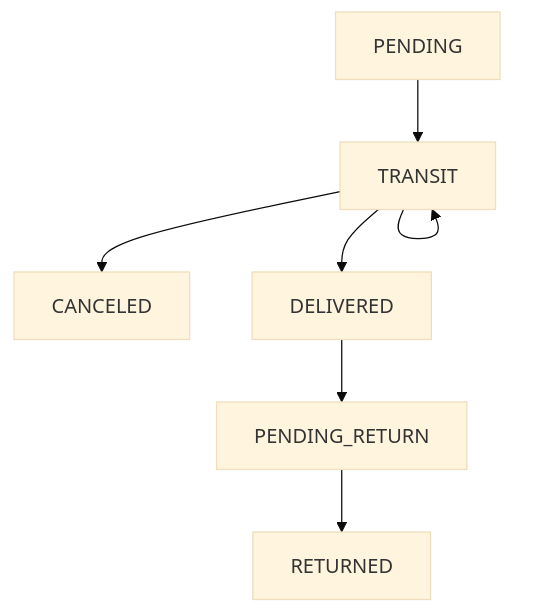
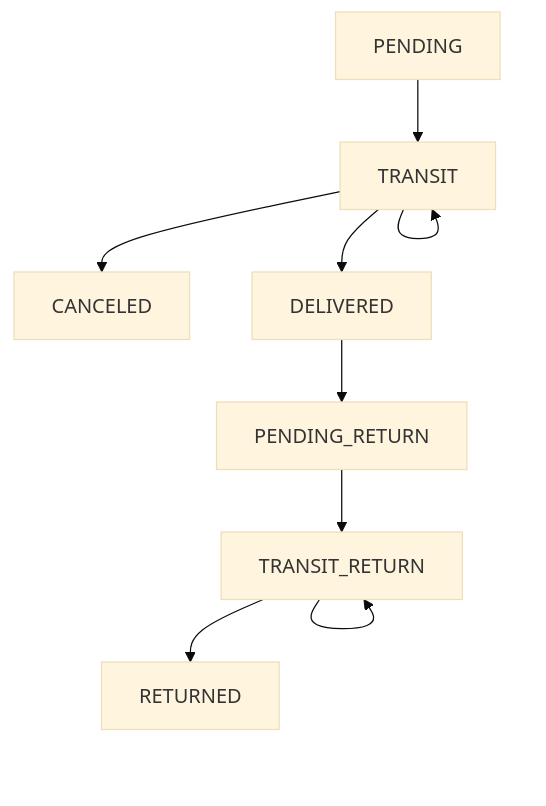
Before and after one commit to FacuPal/arq-microservicios: the diagram in README.md, drawn with Mermaid (base theme). The commit also changed other lines of this file, not shown here.

````diff
--- a/README.md
+++ b/README.md
@@ -5,9 +5,11 @@
 ```mermaid
 graph TD;
     PENDING-->TRANSIT;
 	TRANSIT-->TRANSIT
 	TRANSIT-->CANCELED
 	TRANSIT-->DELIVERED;
     DELIVERED-->PENDING_RETURN;
-    PENDING_RETURN-->RETURNED;
+    PENDING_RETURN-->TRANSIT_RETURN;
+    TRANSIT_RETURN-->TRANSIT_RETURN;
+    TRANSIT_RETURN-->RETURNED
 ```
````
